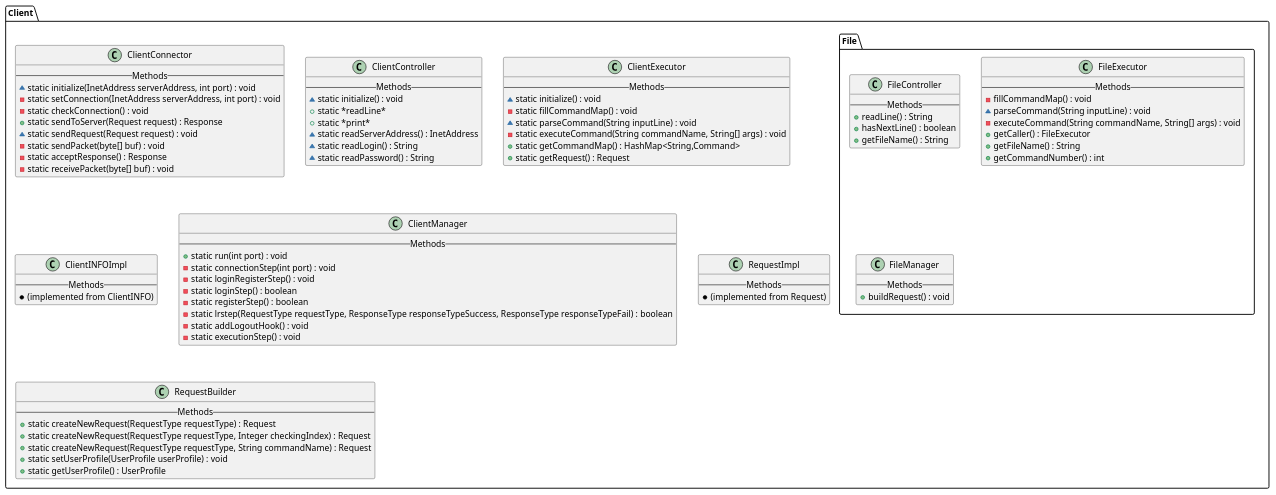
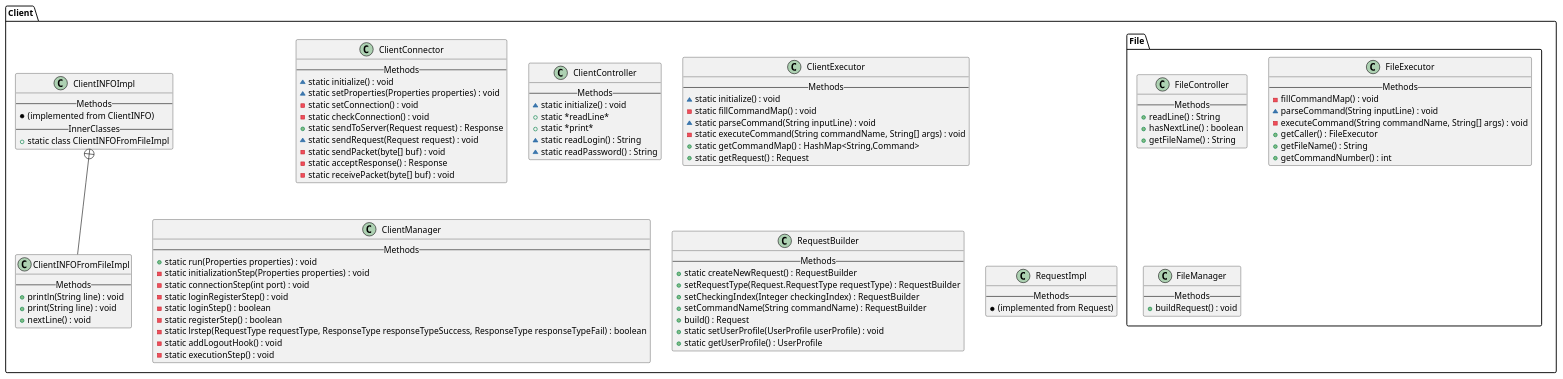
One commit to Andryss/ProgrammingLabWork7 changed the diagram in diagrams/ClientDiagram.puml. Above: the diagram before and after it, drawn with PlantUML. The commit also changed 17 other files, not shown here.

```diff
--- a/diagrams/ClientDiagram.puml
+++ b/diagrams/ClientDiagram.puml
@@ -1,92 +1,106 @@
 @startuml
 
 package Client {
     class ClientConnector {
     --Methods--
-    ~ static initialize(InetAddress serverAddress, int port) : void
-    - static setConnection(InetAddress serverAddress, int port) : void
+    ~ static initialize() : void
+    ~ static setProperties(Properties properties) : void
+    - static setConnection() : void
     - static checkConnection() : void
     + static sendToServer(Request request) : Response
     ~ static sendRequest(Request request) : void
     - static sendPacket(byte[] buf) : void
     - static acceptResponse() : Response
     - static receivePacket(byte[] buf) : void
     }
 
     class ClientController {
     --Methods--
     ~ static initialize() : void
     + static *readLine*
     + static *print*
-    ~ static readServerAddress() : InetAddress
     ~ static readLogin() : String
     ~ static readPassword() : String
     }
 
     class ClientExecutor {
     --Methods--
     ~ static initialize() : void
     - static fillCommandMap() : void
     ~ static parseCommand(String inputLine) : void
     - static executeCommand(String commandName, String[] args) : void
     + static getCommandMap() : HashMap<String,Command>
     + static getRequest() : Request
     }
 
     class ClientINFOImpl {
     --Methods--
     * (implemented from ClientINFO)
+    --InnerClasses--
+    + static class ClientINFOFromFileImpl
     }
+
+    class ClientINFOFromFileImpl {
+    --Methods--
+    + println(String line) : void
+    + print(String line) : void
+    + nextLine() : void
+    }
+
+    ClientINFOFromFileImpl -up-+ ClientINFOImpl
 
     class ClientManager {
     --Methods--
-    + static run(int port) : void
+    + static run(Properties properties) : void
+    - static initializationStep(Properties properties) : void
     - static connectionStep(int port) : void
     - static loginRegisterStep() : void
     - static loginStep() : boolean
     - static registerStep() : boolean
     - static lrstep(RequestType requestType, ResponseType responseTypeSuccess, ResponseType responseTypeFail) : boolean
     - static addLogoutHook() : void
     - static executionStep() : void
     }
 
+    class RequestBuilder {
+    --Methods--
+    + static createNewRequest() : RequestBuilder
+    + setRequestType(Request.RequestType requestType) : RequestBuilder
+    + setCheckingIndex(Integer checkingIndex) : RequestBuilder
+    + setCommandName(String commandName) : RequestBuilder
+    + build() : Request
+    + static setUserProfile(UserProfile userProfile) : void
+    + static getUserProfile() : UserProfile
+    }
+
     class RequestImpl {
     --Methods--
     * (implemented from Request)
-    }
-
-    class RequestBuilder {
-    --Methods--
-    + static createNewRequest(RequestType requestType) : Request
-    + static createNewRequest(RequestType requestType, Integer checkingIndex) : Request
-    + static createNewRequest(RequestType requestType, String commandName) : Request
-    + static setUserProfile(UserProfile userProfile) : void
-    + static getUserProfile() : UserProfile
     }
 
     package File {
         class FileController {
         --Methods--
         + readLine() : String
         + hasNextLine() : boolean
         + getFileName() : String
         }
 
         class FileExecutor {
         --Methods--
         - fillCommandMap() : void
         ~ parseCommand(String inputLine) : void
         - executeCommand(String commandName, String[] args) : void
         + getCaller() : FileExecutor
         + getFileName() : String
         + getCommandNumber() : int
         }
 
         class FileManager {
         --Methods--
         + buildRequest() : void
         }
     }
 }
 
 @enduml
```
